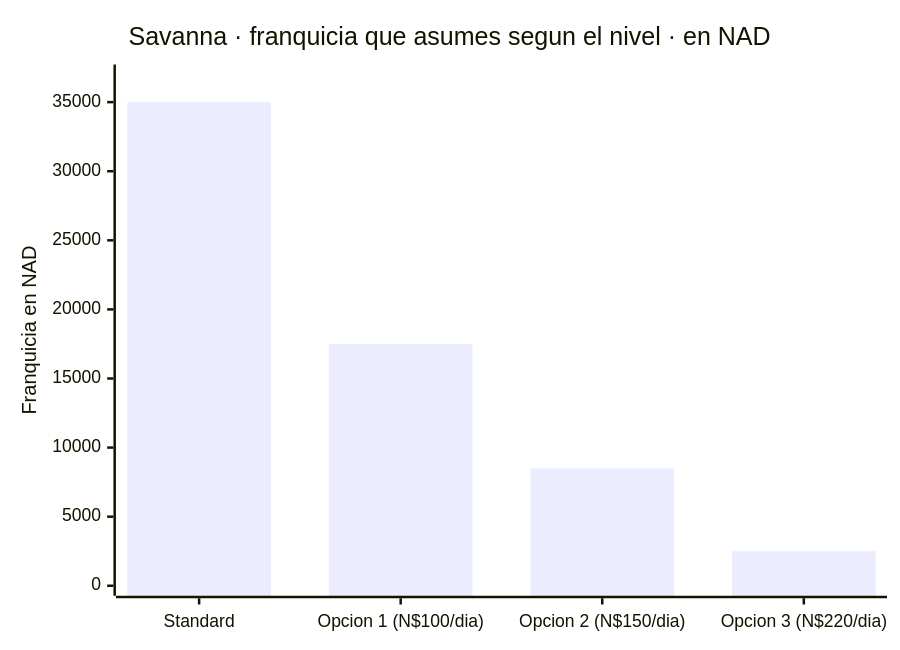
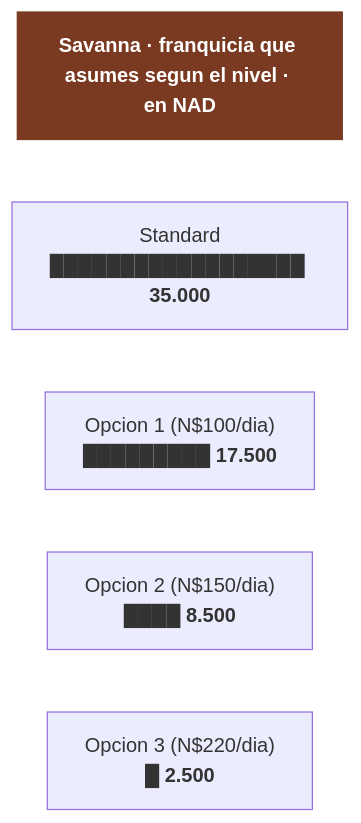
One commit to morandeirachema/namibia changed the second of 3 diagrams in 01-hallazgos-verificados.md. Above: the diagram before and after it, drawn with Mermaid. The commit also changed other lines of this file and 9 other files, not shown here.

Commit message:
Cambiar los 23 graficos xychart-beta por barras de flowchart: GitHub no renderiza los tipos beta de Mermaid

````diff
--- a/01-hallazgos-verificados.md
+++ b/01-hallazgos-verificados.md
@@ -116,7 +122,13 @@
 ```mermaid
-xychart-beta
-    title "Savanna · franquicia que asumes segun el nivel · en NAD"
-    x-axis ["Standard", "Opcion 1 (N$100/dia)", "Opcion 2 (N$150/dia)", "Opcion 3 (N$220/dia)"]
-    y-axis "Franquicia en NAD" 0 --> 37000
-    bar [35000, 17500, 8500, 2500]
+flowchart TD
+    T["<b>Savanna · franquicia que asumes segun el nivel · en NAD</b>"]
+    n0["Standard<br/>██████████████████ <b>35.000</b>"]
+    n1["Opcion 1 (N$100/dia)<br/>█████████ <b>17.500</b>"]
+    n2["Opcion 2 (N$150/dia)<br/>████ <b>8.500</b>"]
+    n3["Opcion 3 (N$220/dia)<br/>█ <b>2.500</b>"]
+    T ~~~ n0
+    n0 ~~~ n1
+    n1 ~~~ n2
+    n2 ~~~ n3
+    style T fill:#7a3a22,color:#fff,stroke:#7a3a22
 ```
````
